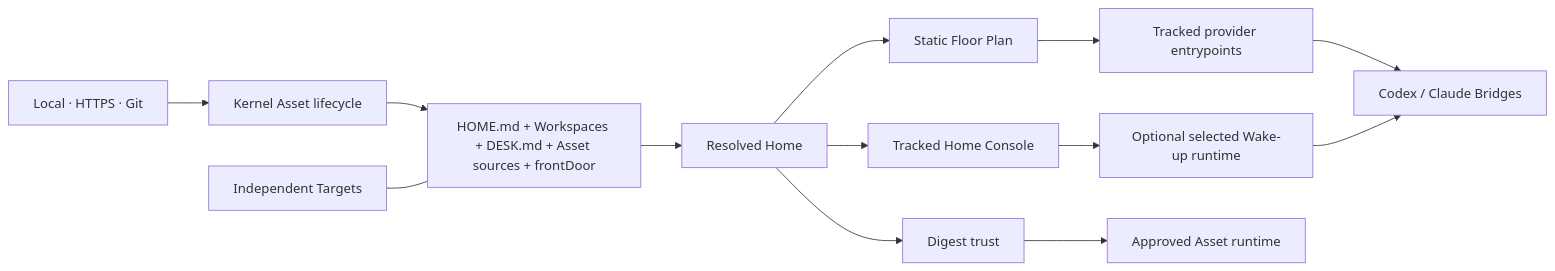
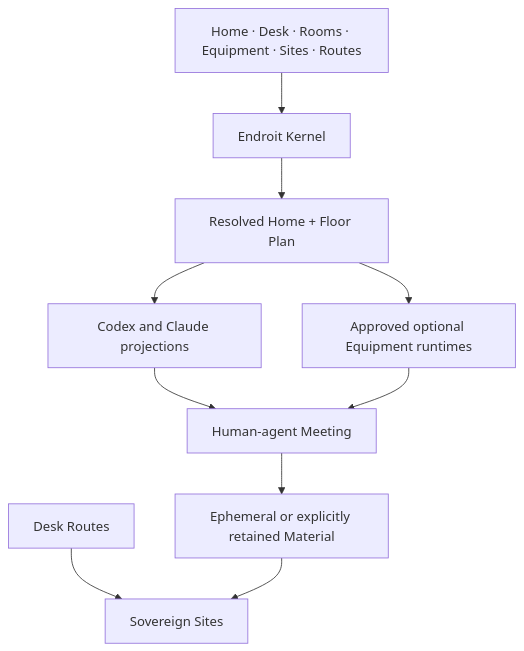
The diagram in docs/architecture.md (thevzion/endroit), drawn with Mermaid before and after one commit. The commit also changed other lines of this file and 175 other files, not shown here.

Commit message:
feat!: reset Endroit around the Home-first workplace

````diff
--- a/docs/architecture.md
+++ b/docs/architecture.md
@@ -7,15 +8,12 @@
 ```mermaid
-flowchart LR
-  source["Local · HTTPS · Git"] --> lifecycle["Kernel Asset lifecycle"]
-  lifecycle --> home["HOME.md + Workspaces + DESK.md + Asset sources + frontDoor"]
-  home --> resolve["Resolved Home"]
-  resolve --> floor["Static Floor Plan"]
-  floor --> projection["Tracked provider entrypoints"]
-  resolve --> console["Tracked Home Console"]
-  projection --> bridge["Codex / Claude Bridges"]
-  console --> wake["Optional selected Wake-up runtime"]
-  wake --> bridge
-  resolve --> trust["Digest trust"]
-  trust --> runtime["Approved Asset runtime"]
-  target["Independent Targets"] --- home
+flowchart TD
+  sources["Home · Desk · Rooms · Equipment · Sites · Routes"] --> kernel["Endroit Kernel"]
+  kernel --> plan["Resolved Home + Floor Plan"]
+  plan --> projections["Codex and Claude projections"]
+  plan --> runtime["Approved optional Equipment runtimes"]
+  desk["Desk Routes"] --> sites["Sovereign Sites"]
+  projections --> meeting["Human-agent Meeting"]
+  runtime --> meeting
+  meeting --> material["Ephemeral or explicitly retained Material"]
+  material --> sites
 ```
````
